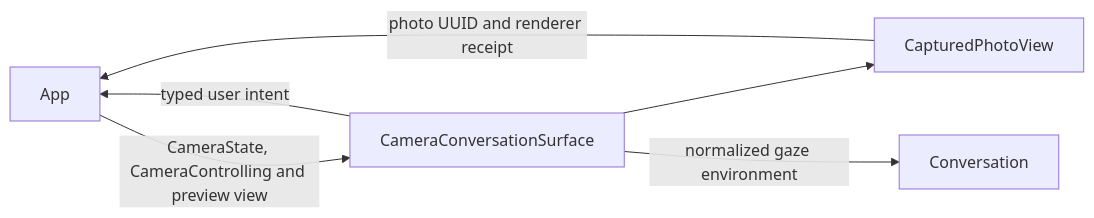
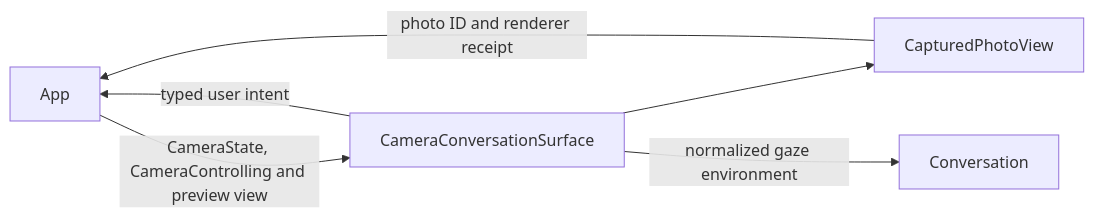
One commit to devilyouwei/MobileHarness changed the diagram in MobileHarness/UI/Camera/README.md. Above: the diagram before and after it, drawn with Mermaid. The commit also changed other lines of this file and 374 other files, not shown here.

````diff
--- a/MobileHarness/UI/Camera/README.md
+++ b/MobileHarness/UI/Camera/README.md
@@ -15,8 +15,8 @@
 ```mermaid
 flowchart LR
  App -->|CameraState, CameraControlling and preview view| Surface[CameraConversationSurface]
  Surface -->|typed user intent| App
  Surface --> Photo[CapturedPhotoView]
- Photo -->|photo UUID and renderer receipt| App
+ Photo -->|photo ID and renderer receipt| App
  Surface -->|normalized gaze environment| Conversation
 ```
````
